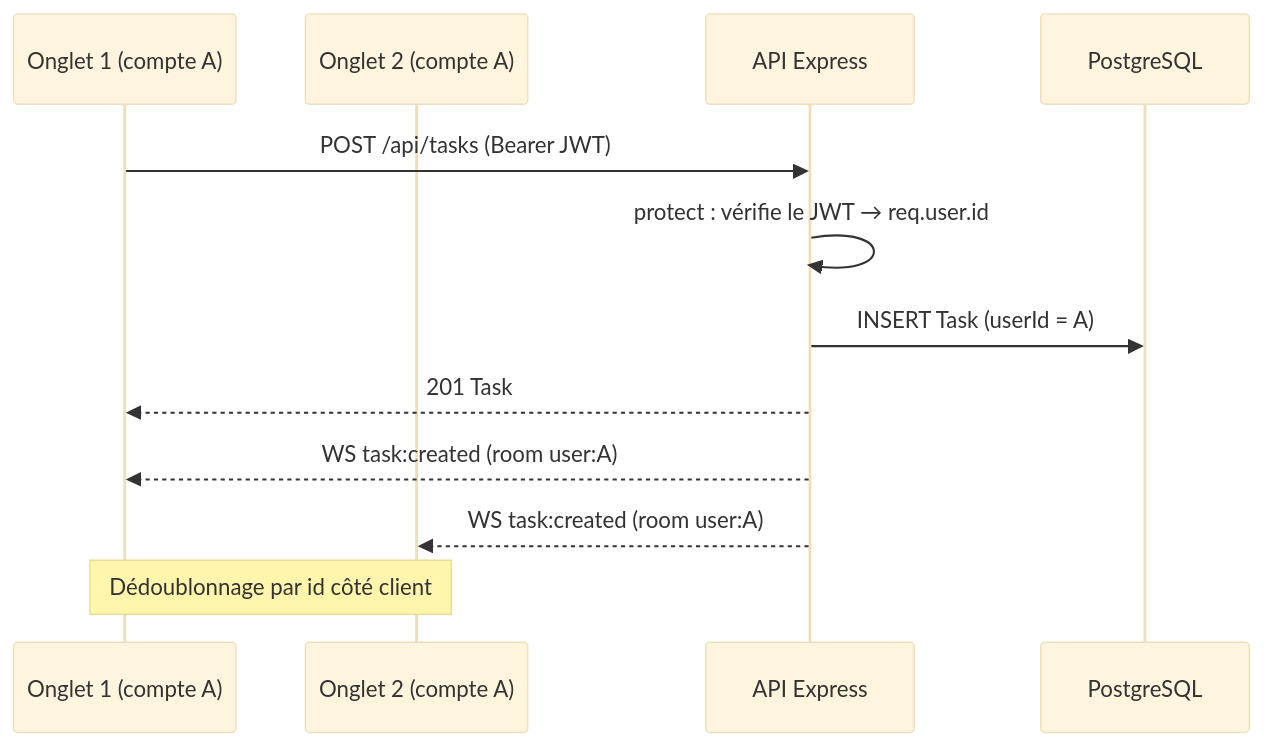
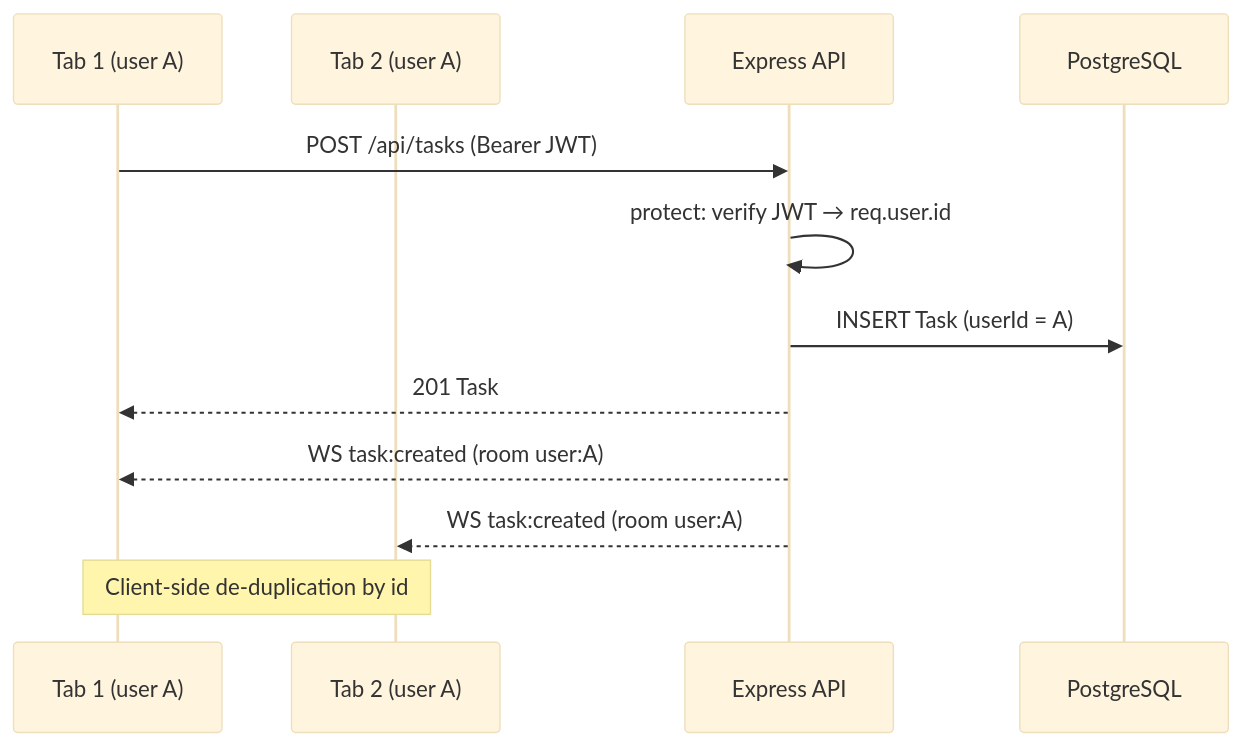
One commit to confidenceuche939-cell/my-app changed the second of 3 diagrams in README.md. Above: the diagram before and after it, drawn with Mermaid (base theme). The commit also changed other lines of this file and 1 other file, not shown here.

````diff
--- a/README.md
+++ b/README.md
@@ -59,14 +59,14 @@
 ```mermaid
 sequenceDiagram
-  participant A1 as Onglet 1 (compte A)
-  participant A2 as Onglet 2 (compte A)
-  participant API as API Express
+  participant A1 as Tab 1 (user A)
+  participant A2 as Tab 2 (user A)
+  participant API as Express API
   participant DB as PostgreSQL
   A1->>API: POST /api/tasks (Bearer JWT)
-  API->>API: protect : vérifie le JWT → req.user.id
+  API->>API: protect: verify JWT → req.user.id
   API->>DB: INSERT Task (userId = A)
   API-->>A1: 201 Task
   API-->>A1: WS task:created (room user:A)
   API-->>A2: WS task:created (room user:A)
-  Note over A1,A2: Dédoublonnage par id côté client
+  Note over A1,A2: Client-side de-duplication by id
 ```
````
